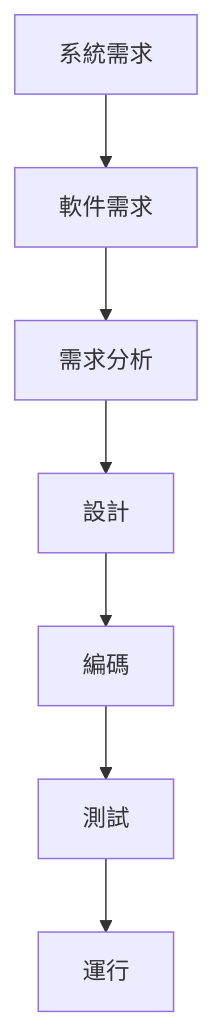
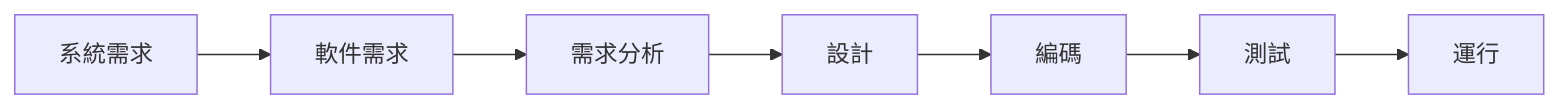
One commit to chchoiw/chchoiw.github.io changed diagram 13 of 14 in _posts/2022-07-04-02333-software_engineer.md. Above: the diagram before and after it, drawn with Mermaid. The commit also changed other lines of this file, not shown here.

`````diff
--- a/_posts/2022-07-04-02333-software_engineer.md
+++ b/_posts/2022-07-04-02333-software_engineer.md
@@ -1160,16 +1160,16 @@
 ```mermaid
-graph TB
+graph LR
 id1[系統需求]
 id2[軟件需求]
 id3[需求分析]
 id4[設計]
 id5[編碼]
 id6[測試]
 id7[運行]
 id1-->id2
 id2-->id3
 id3-->id4
 id4-->id5
 id5-->id6
 id6-->id7
 ````
`````
